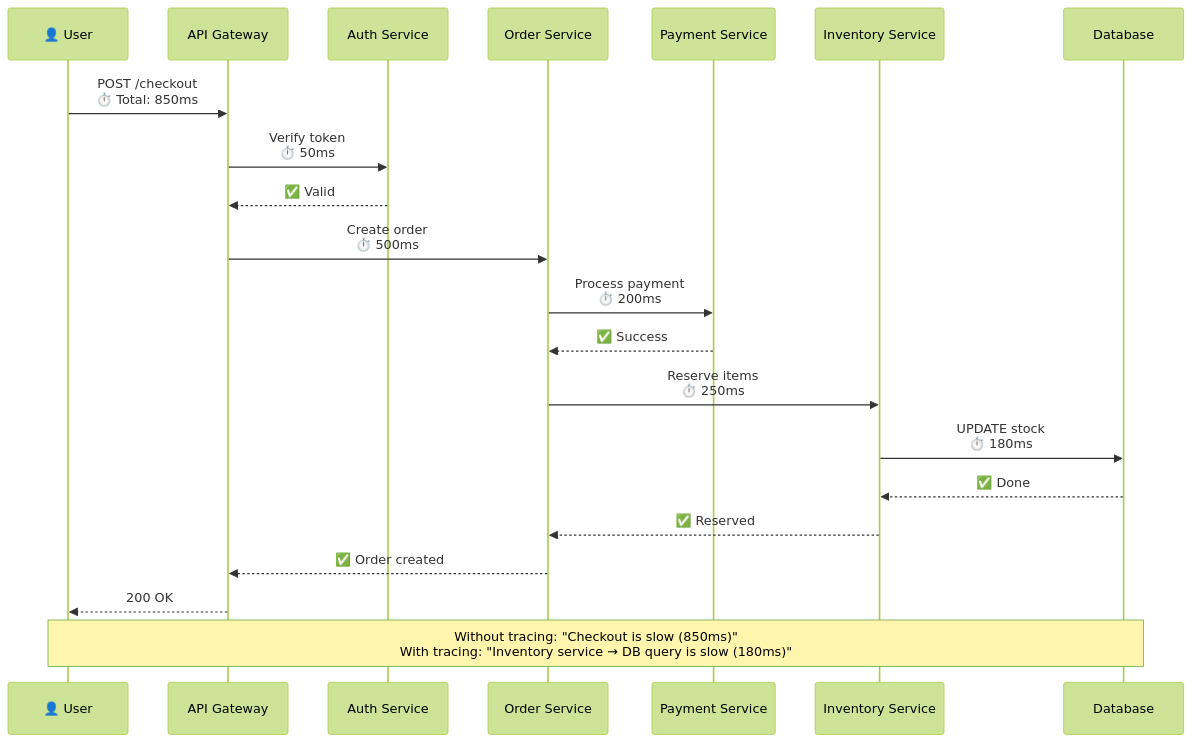
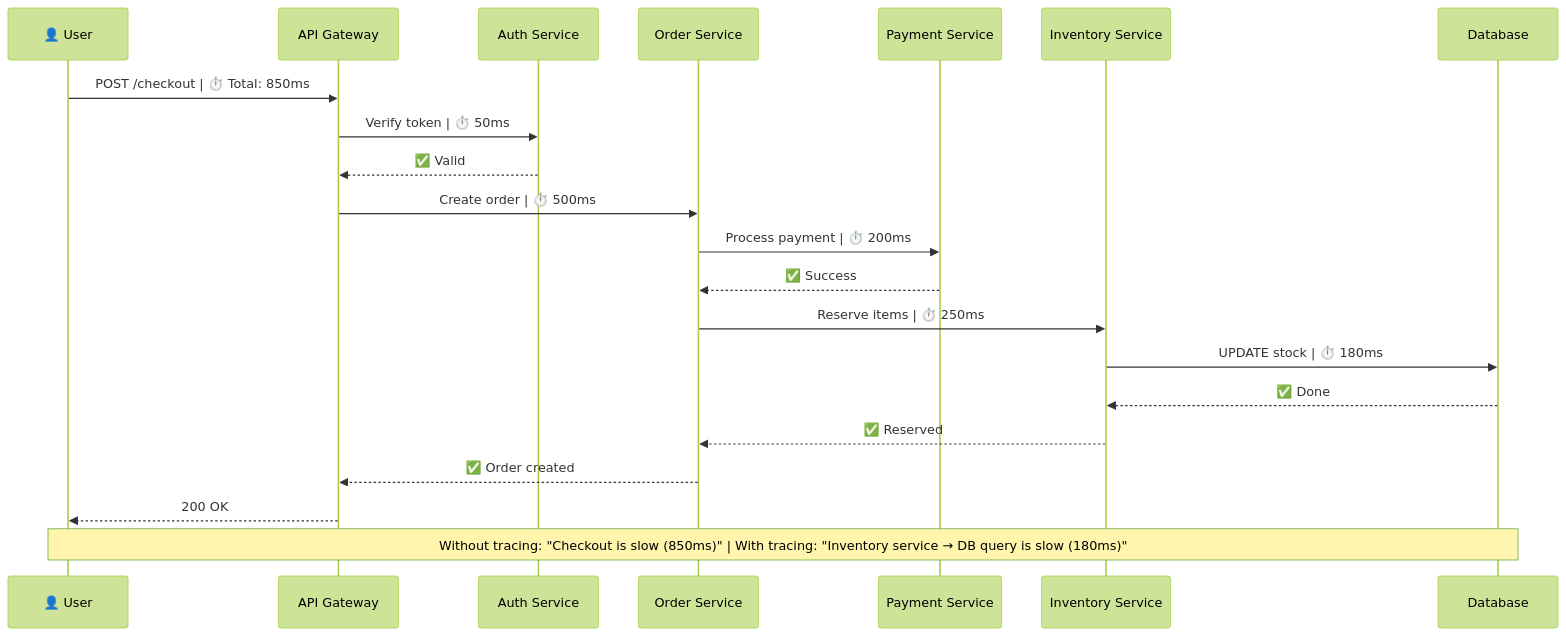
One commit to p1kmr/for-reading changed the eighth of 14 diagrams in HLD/foundation/12_monitoring.md. Above: the diagram before and after it, drawn with Mermaid (forest theme). The commit also changed other lines of this file and 14 other files, not shown here.

Commit message:
Fix Mermaid diagram syntax: Replace <br/> with <br> for GitHub compatibility

````diff
--- a/HLD/foundation/12_monitoring.md
+++ b/HLD/foundation/12_monitoring.md
@@ -417,29 +417,29 @@
 ```mermaid
 sequenceDiagram
     participant User as 👤 User
     participant Gateway as API Gateway
     participant Auth as Auth Service
     participant Order as Order Service
     participant Payment as Payment Service
     participant Inventory as Inventory Service
     participant DB as Database
 
-    User->>Gateway: POST /checkout<br/>⏱️ Total: 850ms
+    User->>Gateway: POST /checkout | ⏱️ Total: 850ms
 
-    Gateway->>Auth: Verify token<br/>⏱️ 50ms
+    Gateway->>Auth: Verify token | ⏱️ 50ms
     Auth-->>Gateway: ✅ Valid
 
-    Gateway->>Order: Create order<br/>⏱️ 500ms
-    Order->>Payment: Process payment<br/>⏱️ 200ms
+    Gateway->>Order: Create order | ⏱️ 500ms
+    Order->>Payment: Process payment | ⏱️ 200ms
     Payment-->>Order: ✅ Success
 
-    Order->>Inventory: Reserve items<br/>⏱️ 250ms
-    Inventory->>DB: UPDATE stock<br/>⏱️ 180ms
+    Order->>Inventory: Reserve items | ⏱️ 250ms
+    Inventory->>DB: UPDATE stock | ⏱️ 180ms
     DB-->>Inventory: ✅ Done
     Inventory-->>Order: ✅ Reserved
 
     Order-->>Gateway: ✅ Order created
     Gateway-->>User: 200 OK
 
-    Note over User,DB: Without tracing: "Checkout is slow (850ms)"<br/>With tracing: "Inventory service → DB query is slow (180ms)"
+    Note over User,DB: Without tracing: "Checkout is slow (850ms)" | With tracing: "Inventory service → DB query is slow (180ms)"
 ```
````
